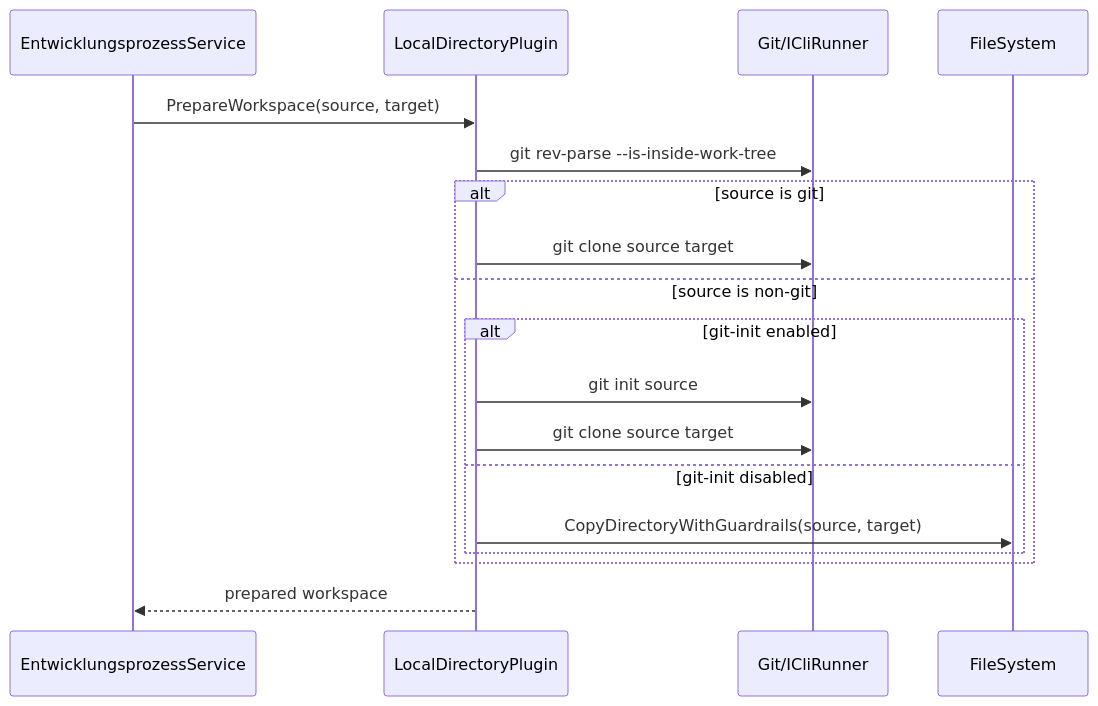
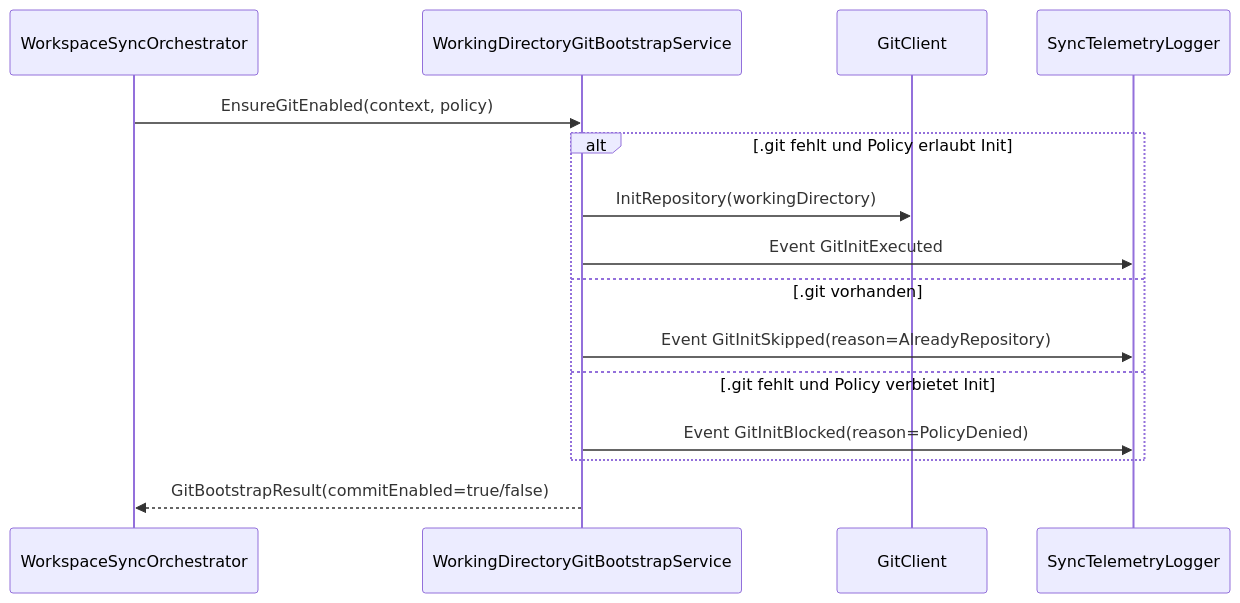
Before and after one commit to martin-stromberg/Softwareschmiede: the fifth of 5 diagrams in docs/architecture/separates-arbeitsverzeichnis-git-init-fallback-architecture-blueprint.md, drawn with Mermaid. The commit also changed other lines of this file and 28 other files, not shown here.

````diff
--- a/docs/architecture/separates-arbeitsverzeichnis-git-init-fallback-architecture-blueprint.md
+++ b/docs/architecture/separates-arbeitsverzeichnis-git-init-fallback-architecture-blueprint.md
@@ -48,21 +171,18 @@
 ```mermaid
 sequenceDiagram
-    participant EPS as EntwicklungsprozessService
-    participant LDP as LocalDirectoryPlugin
-    participant CLI as Git/ICliRunner
-    participant FS as FileSystem
+    participant ORCH as WorkspaceSyncOrchestrator
+    participant BOOT as WorkingDirectoryGitBootstrapService
+    participant GIT as GitClient
+    participant LOG as SyncTelemetryLogger
 
-    EPS->>LDP: PrepareWorkspace(source, target)
-    LDP->>CLI: git rev-parse --is-inside-work-tree
-    alt source is git
-        LDP->>CLI: git clone source target
-    else source is non-git
-        alt git-init enabled
-            LDP->>CLI: git init source
-            LDP->>CLI: git clone source target
-        else git-init disabled
-            LDP->>FS: CopyDirectoryWithGuardrails(source, target)
-        end
+    ORCH->>BOOT: EnsureGitEnabled(context, policy)
+    alt .git fehlt und Policy erlaubt Init
+        BOOT->>GIT: InitRepository(workingDirectory)
+        BOOT->>LOG: Event GitInitExecuted
+    else .git vorhanden
+        BOOT->>LOG: Event GitInitSkipped(reason=AlreadyRepository)
+    else .git fehlt und Policy verbietet Init
+        BOOT->>LOG: Event GitInitBlocked(reason=PolicyDenied)
     end
-    LDP-->>EPS: prepared workspace
+    BOOT-->>ORCH: GitBootstrapResult(commitEnabled=true/false)
 ```
````
